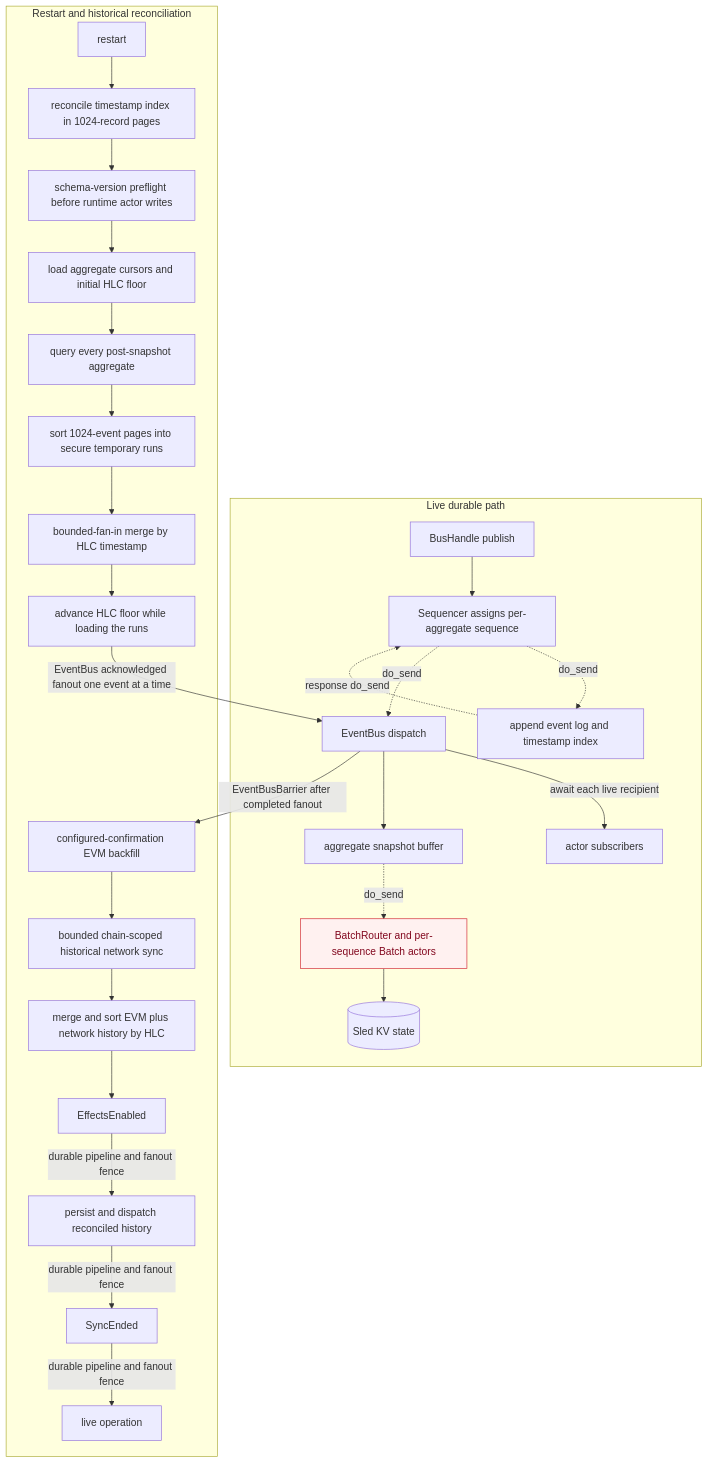
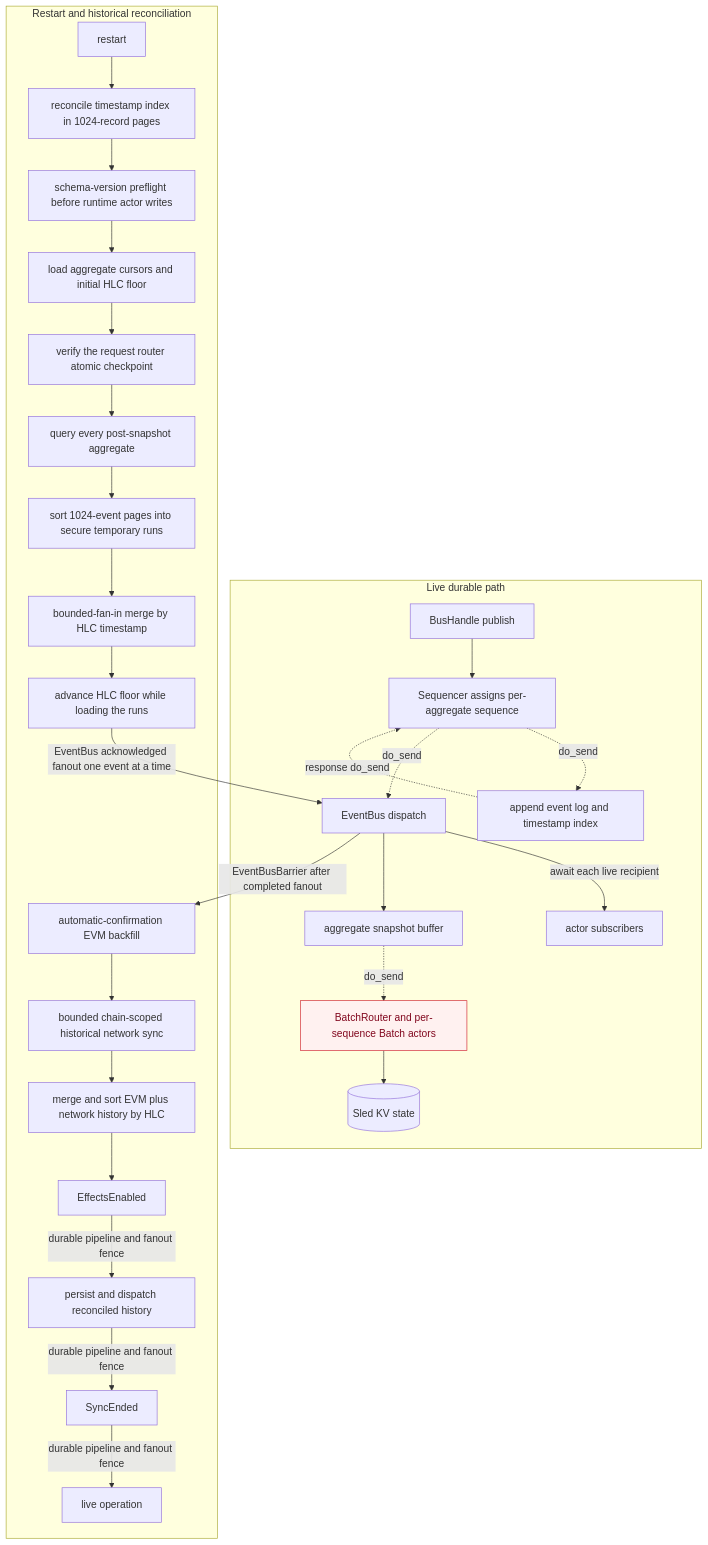
Before and after one commit to auryn-macmillan/enclave: the fifth of 15 diagrams in agent/CRATES_ARCHITECTURE.md, drawn with Mermaid. The commit also changed other lines of this file and 114 other files, not shown here.

````diff
--- a/agent/CRATES_ARCHITECTURE.md
+++ b/agent/CRATES_ARCHITECTURE.md
@@ -328,34 +328,35 @@
 ```mermaid
 flowchart TD
     subgraph LivePath[Live durable path]
         Publish[BusHandle publish] --> Sequencer[Sequencer assigns per-aggregate sequence]
         Sequencer -. do_send .-> EventStore[append event log and timestamp index]
         EventStore -. response do_send .-> Sequencer
         Sequencer -. do_send .-> Dispatch[EventBus dispatch]
         Dispatch -->|await each live recipient| Subscribers[actor subscribers]
         Dispatch --> SnapshotBuffer[aggregate snapshot buffer]
         SnapshotBuffer -. do_send .-> SnapshotRouter[BatchRouter and per-sequence Batch actors]
         SnapshotRouter --> Repositories[(Sled KV state)]
     end
 
     subgraph Recovery[Restart and historical reconciliation]
         Restart[restart] --> Index[reconcile timestamp index in 1024-record pages]
         Index --> Schema[schema-version preflight before runtime actor writes]
         Schema --> SnapshotMeta[load aggregate cursors and initial HLC floor]
-        SnapshotMeta --> Query[query every post-snapshot aggregate]
+        SnapshotMeta --> RouterCursor[verify the request router atomic checkpoint]
+        RouterCursor --> Query[query every post-snapshot aggregate]
         Query --> Runs[sort 1024-event pages into secure temporary runs]
         Runs --> GlobalOrder[bounded-fan-in merge by HLC timestamp]
         GlobalOrder --> ReplayFloor[advance HLC floor while loading the runs]
         ReplayFloor -->|EventBus acknowledged fanout one event at a time| Dispatch
-        Dispatch -->|EventBusBarrier after completed fanout| EvmBackfill[configured-confirmation EVM backfill]
+        Dispatch -->|EventBusBarrier after completed fanout| EvmBackfill[automatic-confirmation EVM backfill]
         EvmBackfill --> NetBackfill[bounded chain-scoped historical network sync]
         NetBackfill --> Merge[merge and sort EVM plus network history by HLC]
         Merge --> Enable[EffectsEnabled]
         Enable -->|durable pipeline and fanout fence| PersistHistory[persist and dispatch reconciled history]
         PersistHistory -->|durable pipeline and fanout fence| End[SyncEnded]
         End -->|durable pipeline and fanout fence| Live[live operation]
     end
 
     classDef residual fill:#fff1f0,stroke:#cf222e,color:#82071e
     class SnapshotRouter residual
 ```
````
